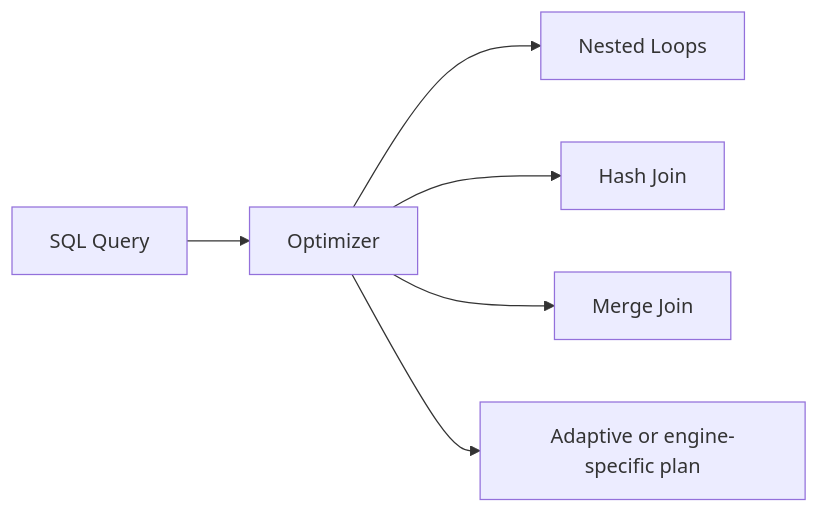
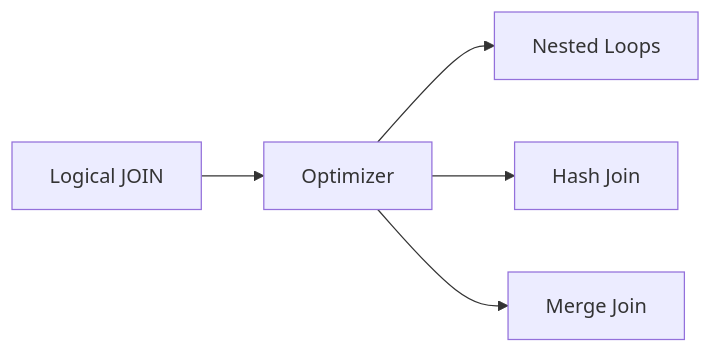
One commit to AvadhBhalodiya/Interview-Preparation changed the fourth of 7 diagrams in src/content/databases/joins-subqueries-ctes.md. Above: the diagram before and after it, drawn with Mermaid. The commit also changed other lines of this file and 80 other files, not shown here.

````diff
--- a/src/content/databases/joins-subqueries-ctes.md
+++ b/src/content/databases/joins-subqueries-ctes.md
@@ -603,8 +383,7 @@
 ```mermaid
 flowchart LR
-    Q[SQL Query] --> O[Optimizer]
+    SQL[Logical JOIN] --> O[Optimizer]
     O --> N[Nested Loops]
     O --> H[Hash Join]
     O --> M[Merge Join]
-    O --> A[Adaptive or engine-specific plan]
 ```
````
